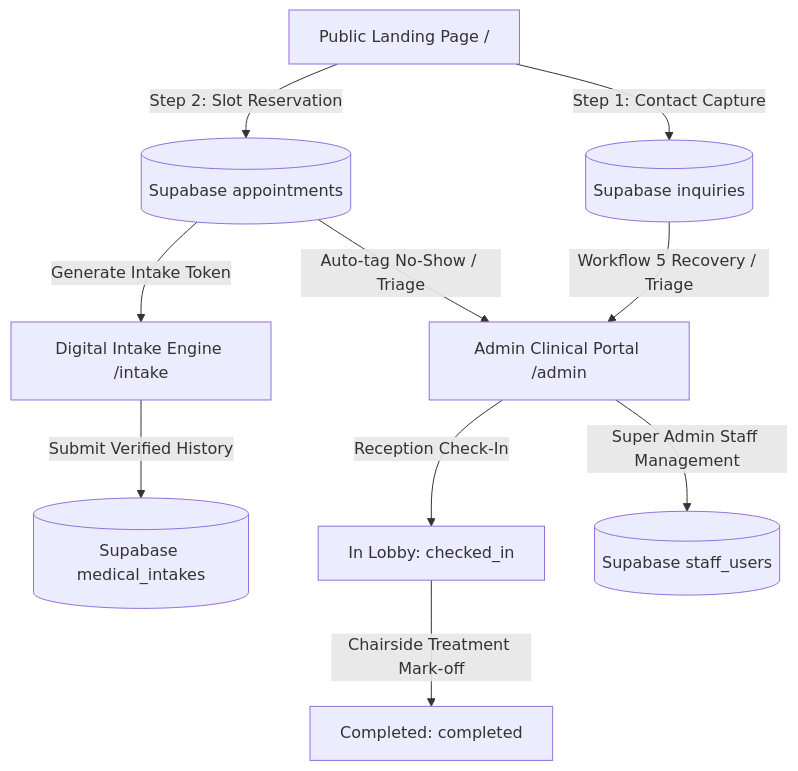
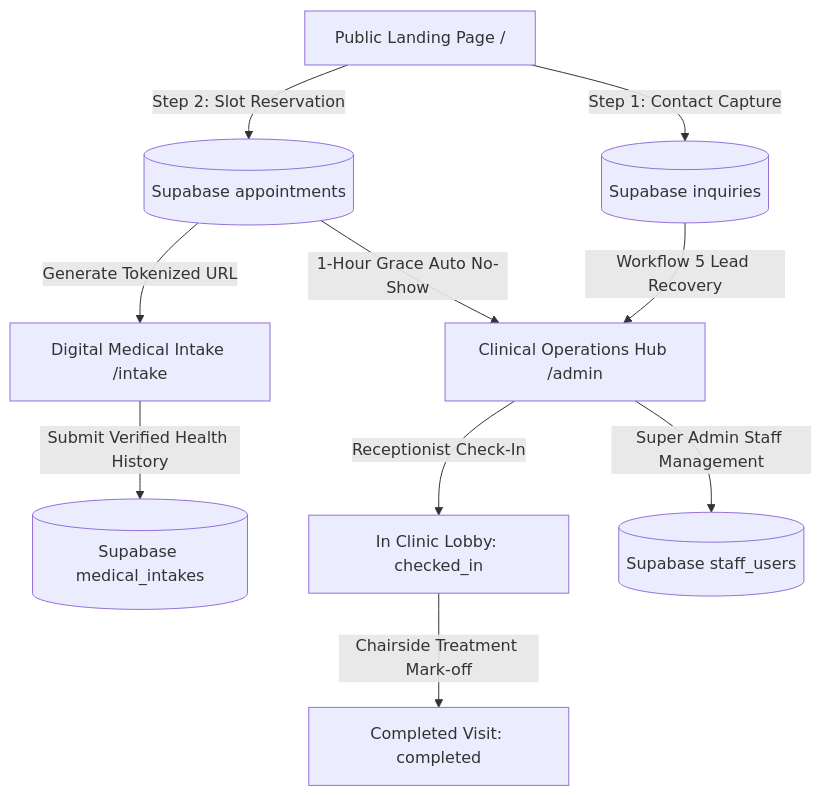
The diagram in Lumina-UI/features/system-features.md (brybryson/Lumina-Dental-Clinic), drawn with Mermaid before and after one commit. The commit also changed other lines of this file, not shown here.

Commit message:
docs: finalize complete system-features specification with Playwright test accounts and clinical workflows

````diff
--- a/Lumina-UI/features/system-features.md
+++ b/Lumina-UI/features/system-features.md
@@ -27,12 +29,12 @@
 ```mermaid
 graph TD
     A[Public Landing Page /] -->|Step 1: Contact Capture| B[(Supabase inquiries)]
     A -->|Step 2: Slot Reservation| C[(Supabase appointments)]
-    C -->|Generate Intake Token| D[Digital Intake Engine /intake]
-    D -->|Submit Verified History| E[(Supabase medical_intakes)]
-    C -->|Auto-tag No-Show / Triage| F[Admin Clinical Portal /admin]
-    B -->|Workflow 5 Recovery / Triage| F
-    F -->|Reception Check-In| G[In Lobby: checked_in]
-    G -->|Chairside Treatment Mark-off| H[Completed: completed]
+    C -->|Generate Tokenized URL| D[Digital Medical Intake /intake]
+    D -->|Submit Verified Health History| E[(Supabase medical_intakes)]
+    C -->|1-Hour Grace Auto No-Show| F[Clinical Operations Hub /admin]
+    B -->|Workflow 5 Lead Recovery| F
+    F -->|Receptionist Check-In| G[In Clinic Lobby: checked_in]
+    G -->|Chairside Treatment Mark-off| H[Completed Visit: completed]
     F -->|Super Admin Staff Management| I[(Supabase staff_users)]
 ```
````
